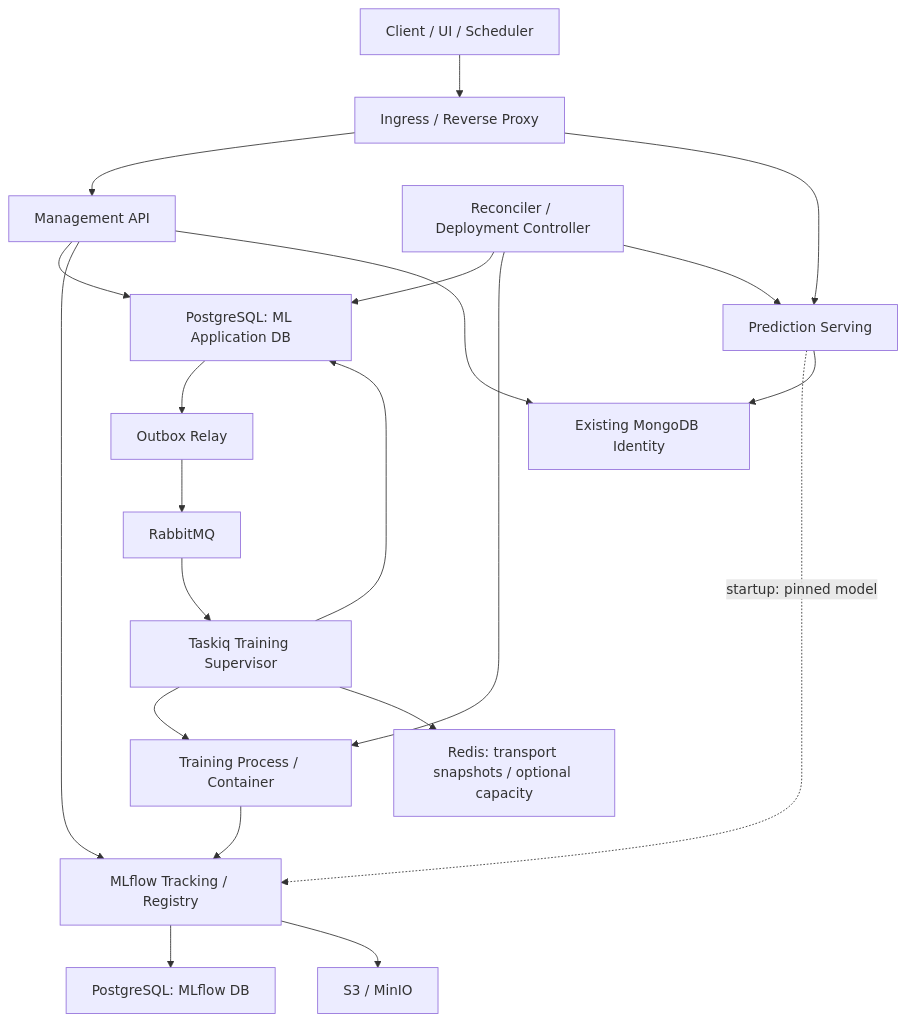
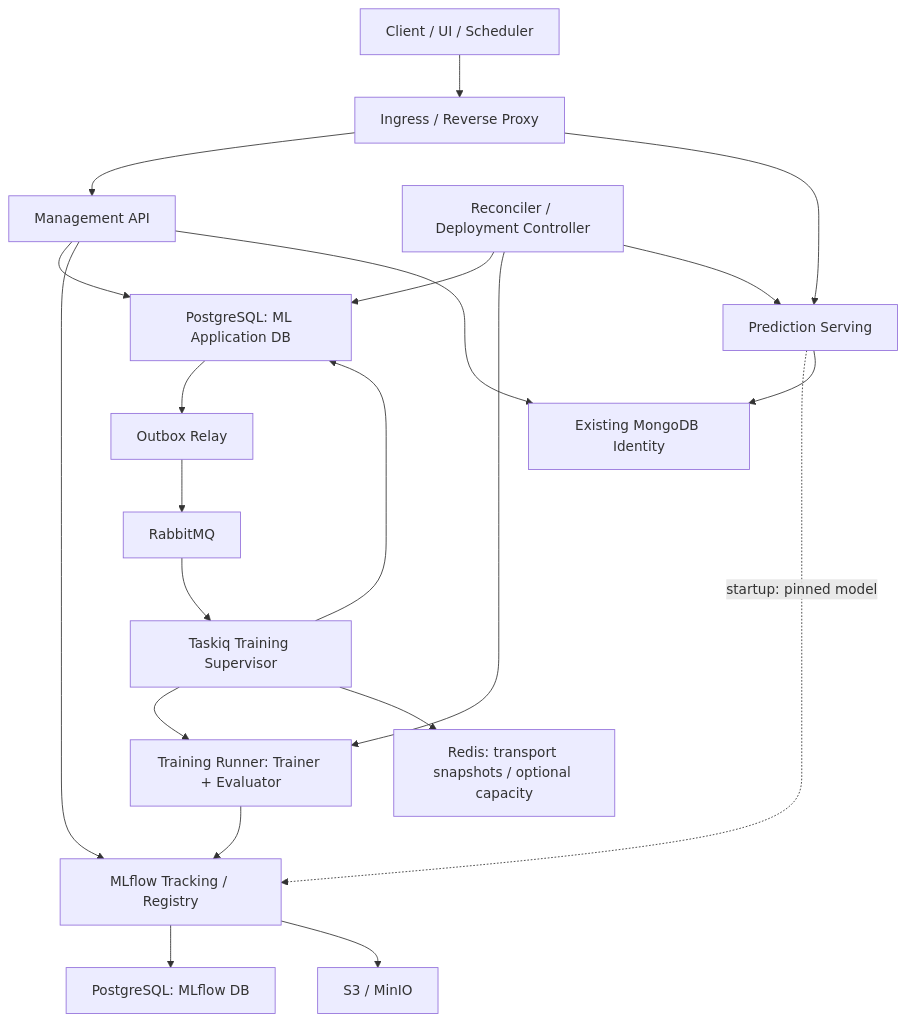
Before and after one commit to PenHsuanWang/python-backend-server-template: the first of 3 diagrams in docs/ml-system-design.md, drawn with Mermaid. The commit also changed other lines of this file, not shown here.

````diff
--- a/docs/ml-system-design.md
+++ b/docs/ml-system-design.md
@@ -115,23 +121,23 @@
 ```mermaid
 flowchart TB
     Client["Client / UI / Scheduler"] --> Ingress["Ingress / Reverse Proxy"]
     Ingress --> API["Management API"]
     Ingress --> Serving["Prediction Serving"]
     API --> AppDB["PostgreSQL: ML Application DB"]
     AppDB --> Relay["Outbox Relay"]
     Relay --> Broker["RabbitMQ"]
     Broker --> Worker["Taskiq Training Supervisor"]
-    Worker --> Executor["Training Process / Container"]
+    Worker --> Executor["Training Runner: Trainer + Evaluator"]
     Worker --> AppDB
     Reconciler["Reconciler / Deployment Controller"] --> AppDB
     Reconciler --> Executor
     Reconciler --> Serving
     Executor --> MLflow["MLflow Tracking / Registry"]
     API --> MLflow
     MLflow --> MLDB["PostgreSQL: MLflow DB"]
     MLflow --> Store["S3 / MinIO"]
     Serving -. "startup: pinned model" .-> MLflow
     Worker --> Redis["Redis: transport snapshots / optional capacity"]
     API --> Identity["Existing MongoDB Identity"]
     Serving --> Identity
 ```
````
